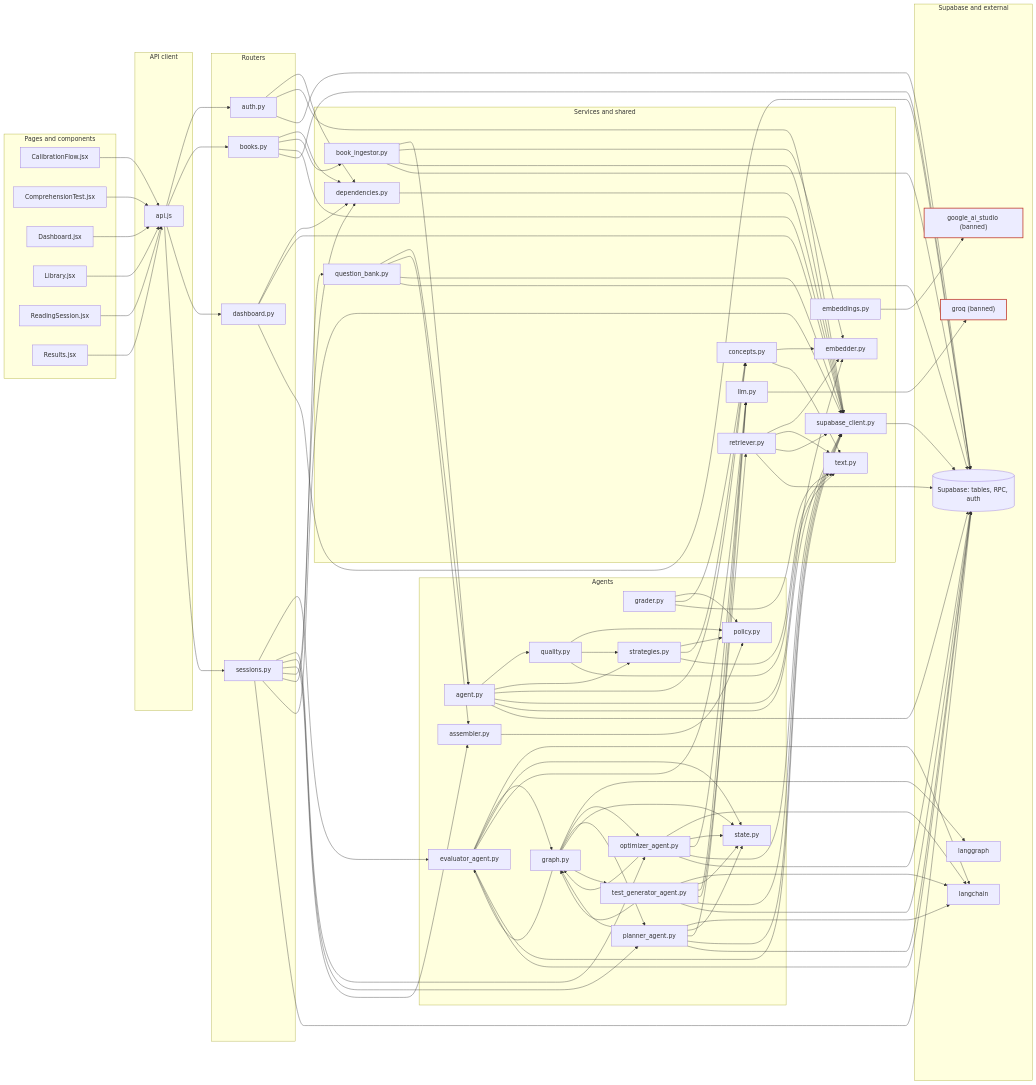
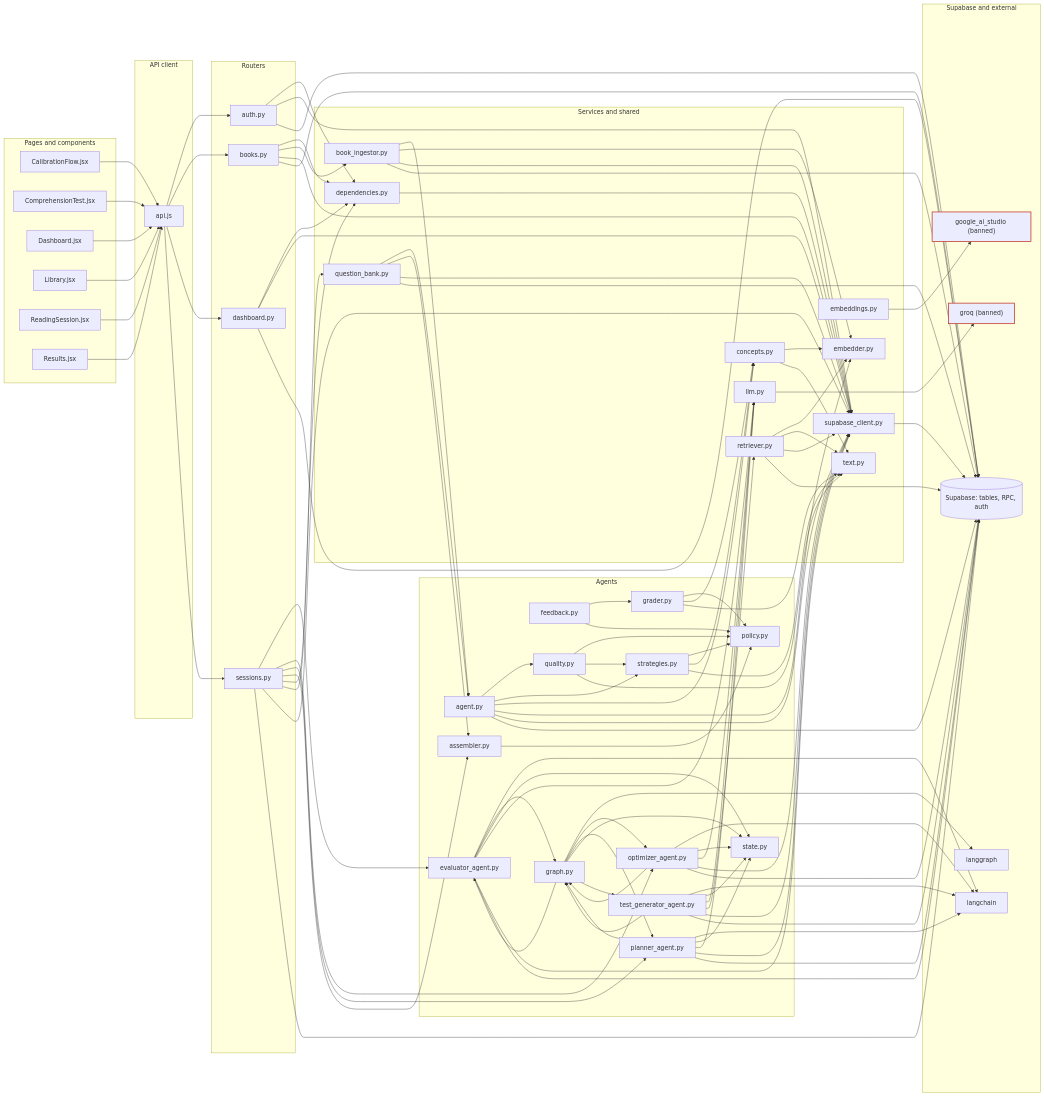
Before and after one commit to asparagusD/readfocus: the first of 2 diagrams in docs/repo-graph/REPO_MAP.md, drawn with Mermaid. The commit also changed other lines of this file and 8 other files, not shown here.

First line of the commit message:
feat(agents): add grounded template feedback

```diff
--- a/docs/repo-graph/REPO_MAP.md
+++ b/docs/repo-graph/REPO_MAP.md
@@ -30,6 +30,7 @@
     file_backend_routers_sessions_py["sessions.py"]
   end
   subgraph agent["Agents"]
+    file_backend_agents_evaluation_feedback_py["feedback.py"]
     file_backend_agents_evaluation_grader_py["grader.py"]
     file_backend_agents_evaluator_agent_py["evaluator_agent.py"]
     file_backend_agents_graph_py["graph.py"]
@@ -62,6 +63,8 @@
     external_langgraph["langgraph"]
     supabase[("Supabase: tables, RPC, auth")]
   end
+  file_backend_agents_evaluation_feedback_py --> file_backend_agents_evaluation_grader_py
+  file_backend_agents_evaluation_feedback_py --> file_backend_agents_policy_py
   file_backend_agents_evaluation_grader_py --> file_backend_agents_policy_py
   file_backend_agents_evaluation_grader_py --> file_backend_nlp_concepts_py
   file_backend_agents_evaluation_grader_py --> file_backend_nlp_text_py
```
